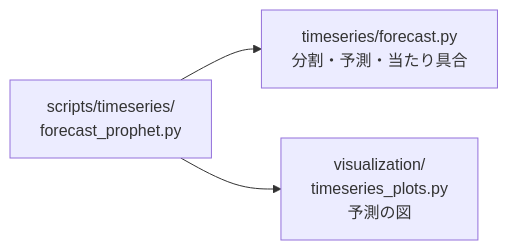
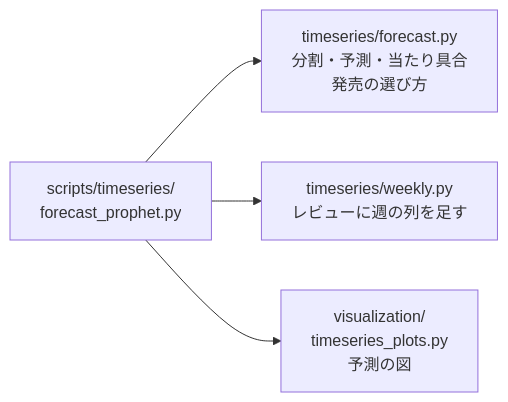
Before and after one commit to rindguitar/game-demand-forecast: the fifth of 5 diagrams in src/README.md, drawn with Mermaid. The commit also changed other lines of this file and 10 other files, not shown here.

````diff
--- a/src/README.md
+++ b/src/README.md
@@ -92,5 +92,6 @@
 ```mermaid
 flowchart LR
-    FP["scripts/timeseries/<br/>forecast_prophet.py"] --> FC["timeseries/forecast.py<br/>分割・予測・当たり具合"]
+    FP["scripts/timeseries/<br/>forecast_prophet.py"] --> FC["timeseries/forecast.py<br/>分割・予測・当たり具合<br/>発売の選び方"]
+    FP --> WK["timeseries/weekly.py<br/>レビューに週の列を足す"]
     FP --> TP["visualization/<br/>timeseries_plots.py<br/>予測の図"]
 ```
````
